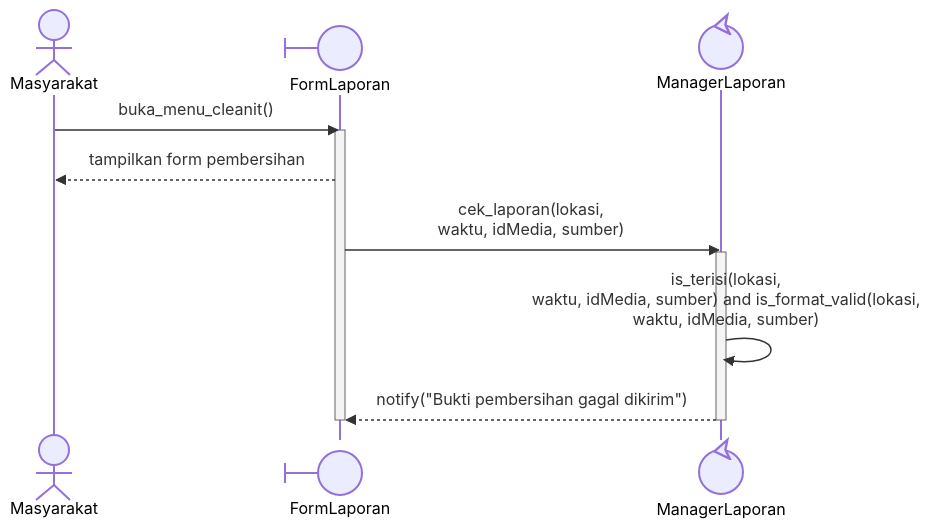
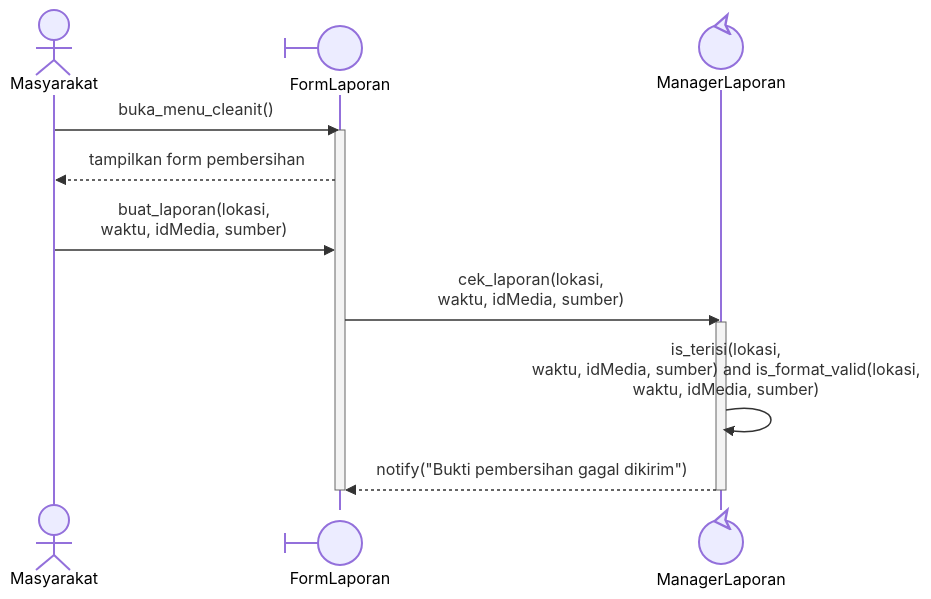
One commit to star-scripter/IF2150-RPL-K03-G02 changed diagram 17 of 29 in docs/M8/K03_G02_DPPL2.md. Above: the diagram before and after it, drawn with Mermaid. The commit also changed other lines of this file, not shown here.

Commit message:
docs: some more 3.5 adjustments and class diagram

````diff
--- a/docs/M8/K03_G02_DPPL2.md
+++ b/docs/M8/K03_G02_DPPL2.md
@@ -950,18 +950,19 @@
 ```mermaid
 %%{init: {'themeCSS': '.actor-line { stroke-dasharray: 4, 4; }'}}%%
 sequenceDiagram
     actor M as Masyarakat
     participant FL@{"type":"boundary"} as FormLaporan
     participant ML@{"type":"control"} as ManagerLaporan
 
     M->>FL: buka_menu_cleanit()
     activate FL
     FL-->>M: tampilkan form pembersihan
+    M->>FL: buat_laporan(lokasi, <br/>waktu, idMedia, sumber)
 
     FL->>ML: cek_laporan(lokasi, <br/>waktu, idMedia, sumber)
     activate ML
     ML->>ML: is_terisi(lokasi, <br/>waktu, idMedia, sumber) and is_format_valid(lokasi, <br/>waktu, idMedia, sumber)
     ML-->>FL: notify("Bukti pembersihan gagal dikirim")
     deactivate ML
     deactivate FL
 ```
````
